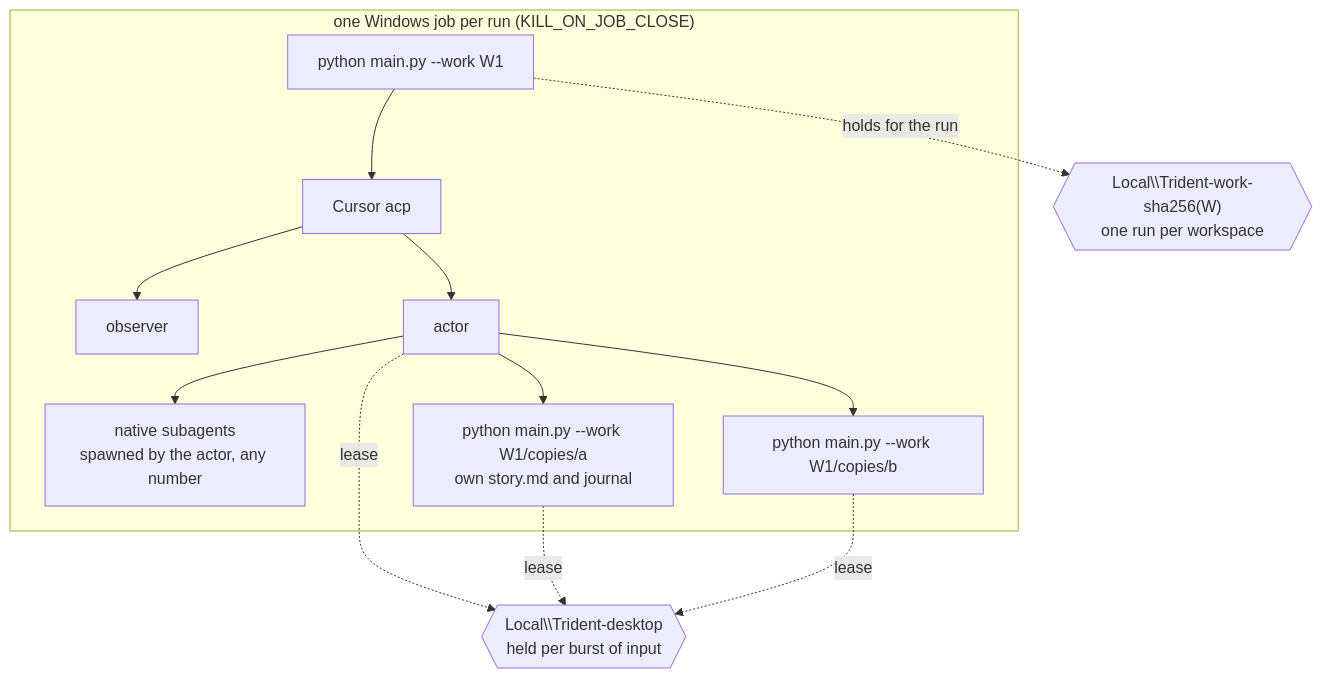
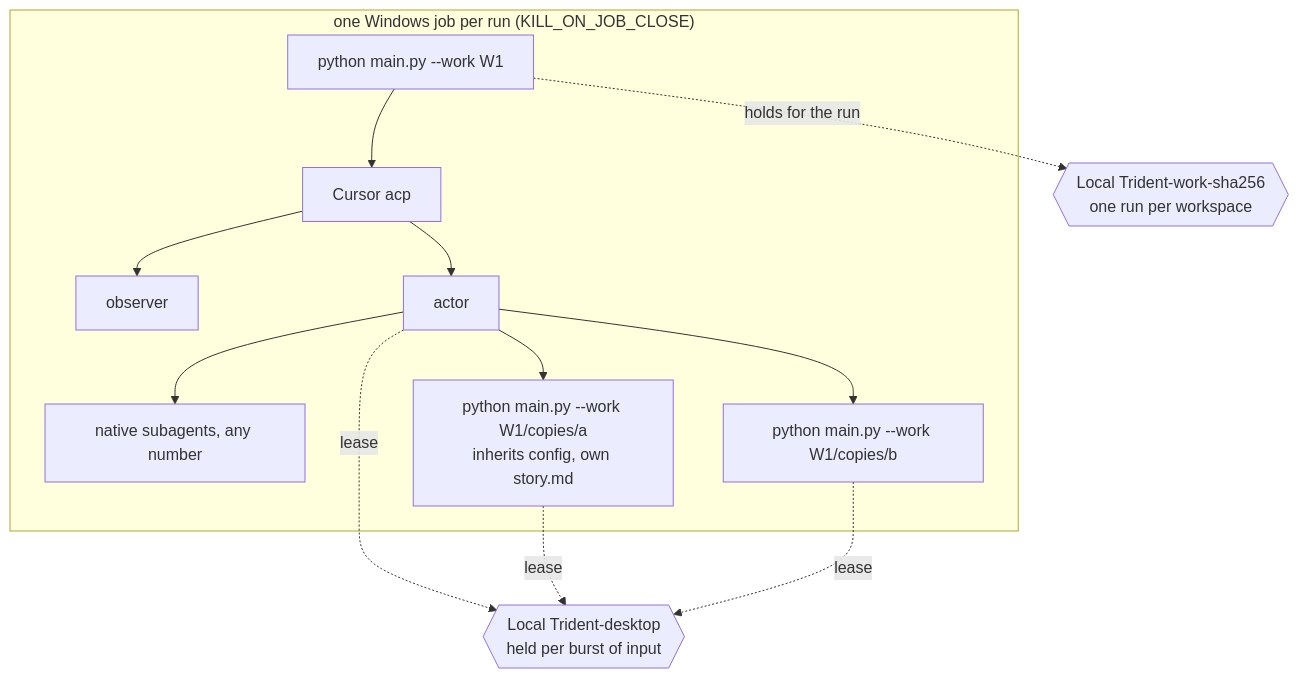
Before and after one commit to wgabrys88/Trident: the fifth of 6 diagrams in README.md, drawn with Mermaid. The commit also changed other lines of this file and 3 other files, not shown here.

````diff
--- a/README.md
+++ b/README.md
@@ -225,17 +222,17 @@
 ```mermaid
 flowchart TD
   subgraph job ["one Windows job per run (KILL_ON_JOB_CLOSE)"]
     P["python main.py --work W1"] --> A["Cursor acp"]
     A --> O["observer"]
     A --> T["actor"]
-    T --> SA["native subagents<br/>spawned by the actor, any number"]
-    T --> C1["python main.py --work W1/copies/a<br/>own story.md and journal"]
+    T --> SA["native subagents, any number"]
+    T --> C1["python main.py --work W1/copies/a<br/>inherits config, own story.md"]
     T --> C2["python main.py --work W1/copies/b"]
   end
-  D{{"Local\\Trident-desktop<br/>held per burst of input"}}
-  T -. "lease" .-> D
-  C1 -. "lease" .-> D
-  C2 -. "lease" .-> D
-  WM{{"Local\\Trident-work-sha256(W)<br/>one run per workspace"}}
+  D{{"Local Trident-desktop<br/>held per burst of input"}}
+  T -. lease .-> D
+  C1 -. lease .-> D
+  C2 -. lease .-> D
+  WM{{"Local Trident-work-sha256<br/>one run per workspace"}}
   P -. "holds for the run" .-> WM
 ```
````
